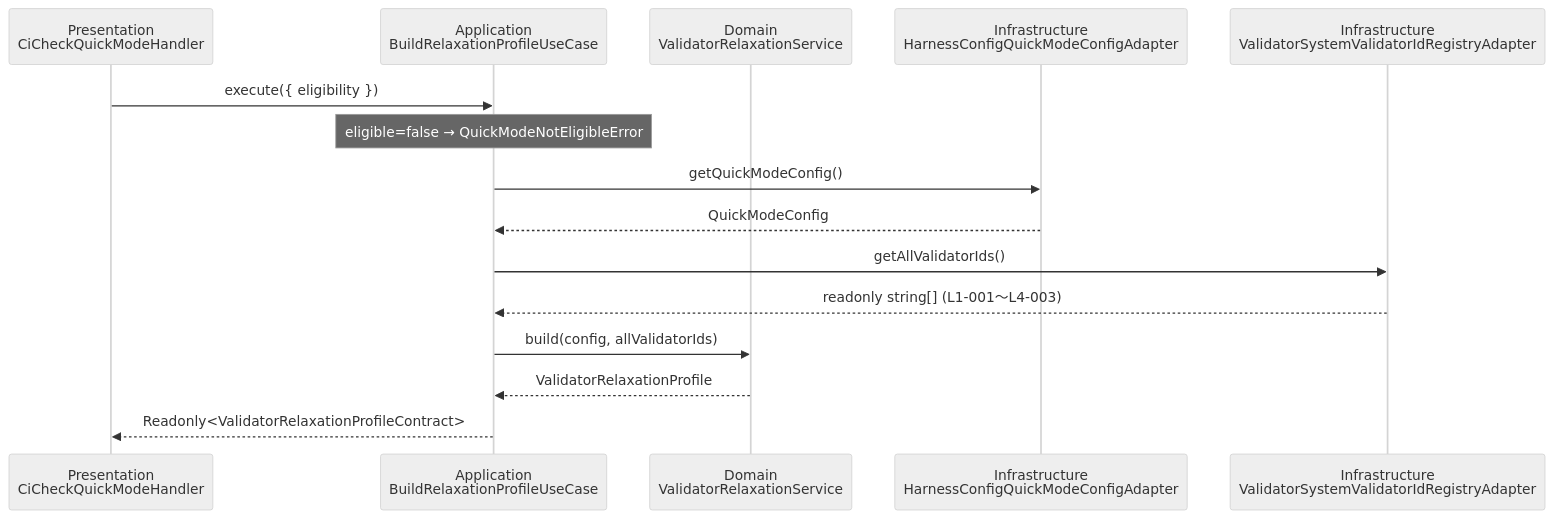
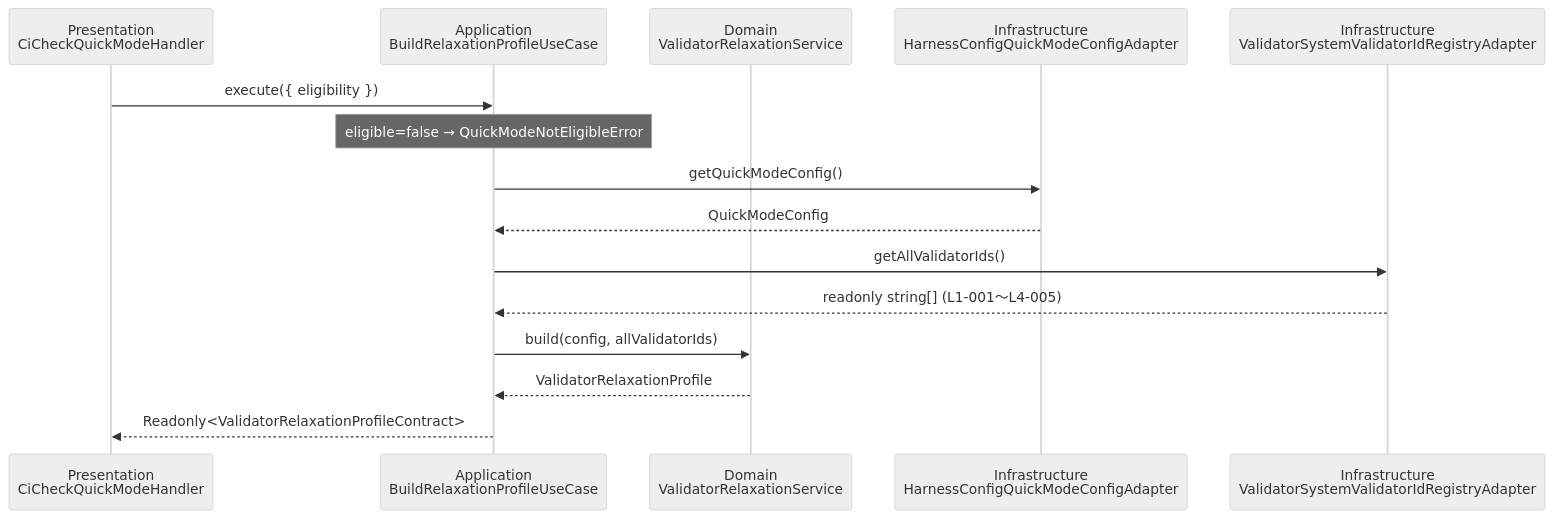
One commit to junpei-9898/phasegate changed the third of 4 diagrams in docs/product/construction/quick-mode/logical_design.md. Above: the diagram before and after it, drawn with Mermaid (neutral theme). The commit also changed other lines of this file and 96 other files, not shown here.

````diff
--- a/docs/product/construction/quick-mode/logical_design.md
+++ b/docs/product/construction/quick-mode/logical_design.md
@@ -854,18 +854,18 @@
 ```mermaid
 sequenceDiagram
     participant CLI as Presentation<br/>CiCheckQuickModeHandler
     participant UC2 as Application<br/>BuildRelaxationProfileUseCase
     participant RS as Domain<br/>ValidatorRelaxationService
     participant CFP as Infrastructure<br/>HarnessConfigQuickModeConfigAdapter
     participant VRP as Infrastructure<br/>ValidatorSystemValidatorIdRegistryAdapter
 
     CLI->>UC2: execute({ eligibility })
     Note over UC2: eligible=false → QuickModeNotEligibleError
     UC2->>CFP: getQuickModeConfig()
     CFP-->>UC2: QuickModeConfig
     UC2->>VRP: getAllValidatorIds()
-    VRP-->>UC2: readonly string[] (L1-001〜L4-003)
+    VRP-->>UC2: readonly string[] (L1-001〜L4-005)
     UC2->>RS: build(config, allValidatorIds)
     RS-->>UC2: ValidatorRelaxationProfile
     UC2-->>CLI: Readonly<ValidatorRelaxationProfileContract>
 ```
````
